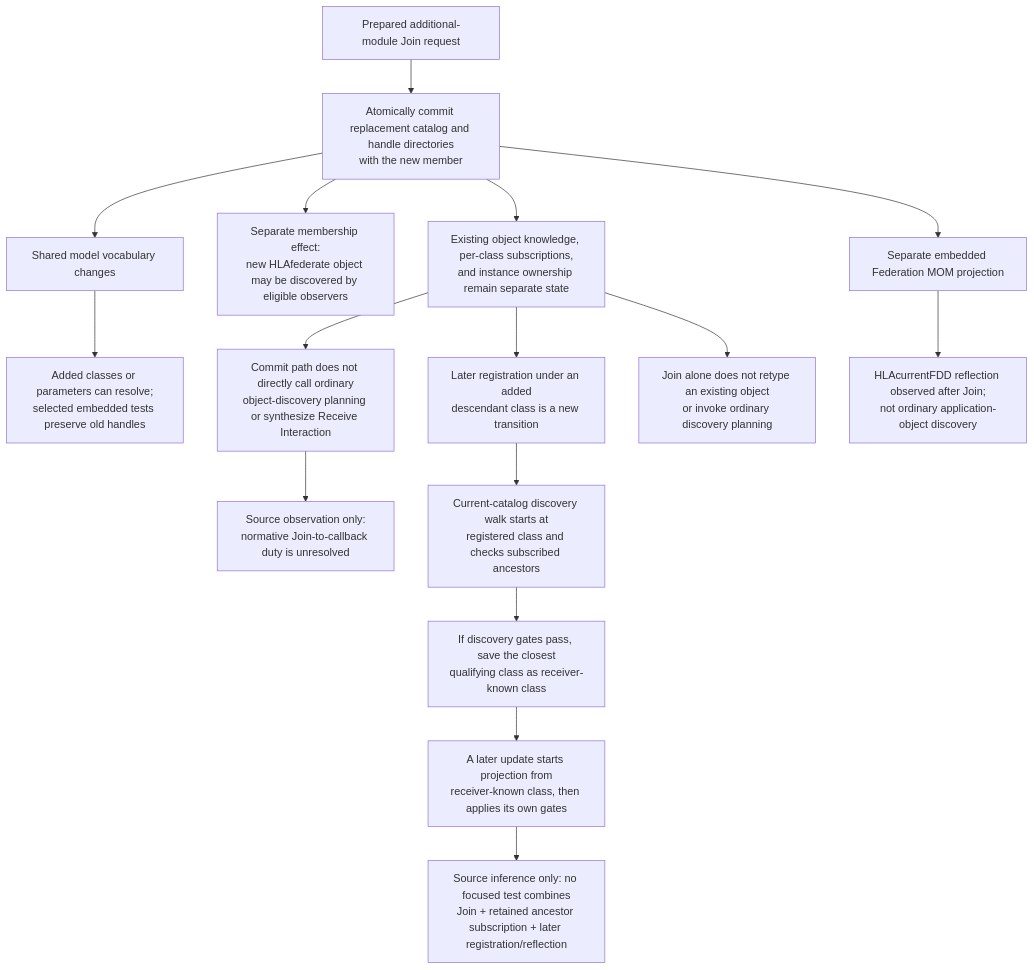
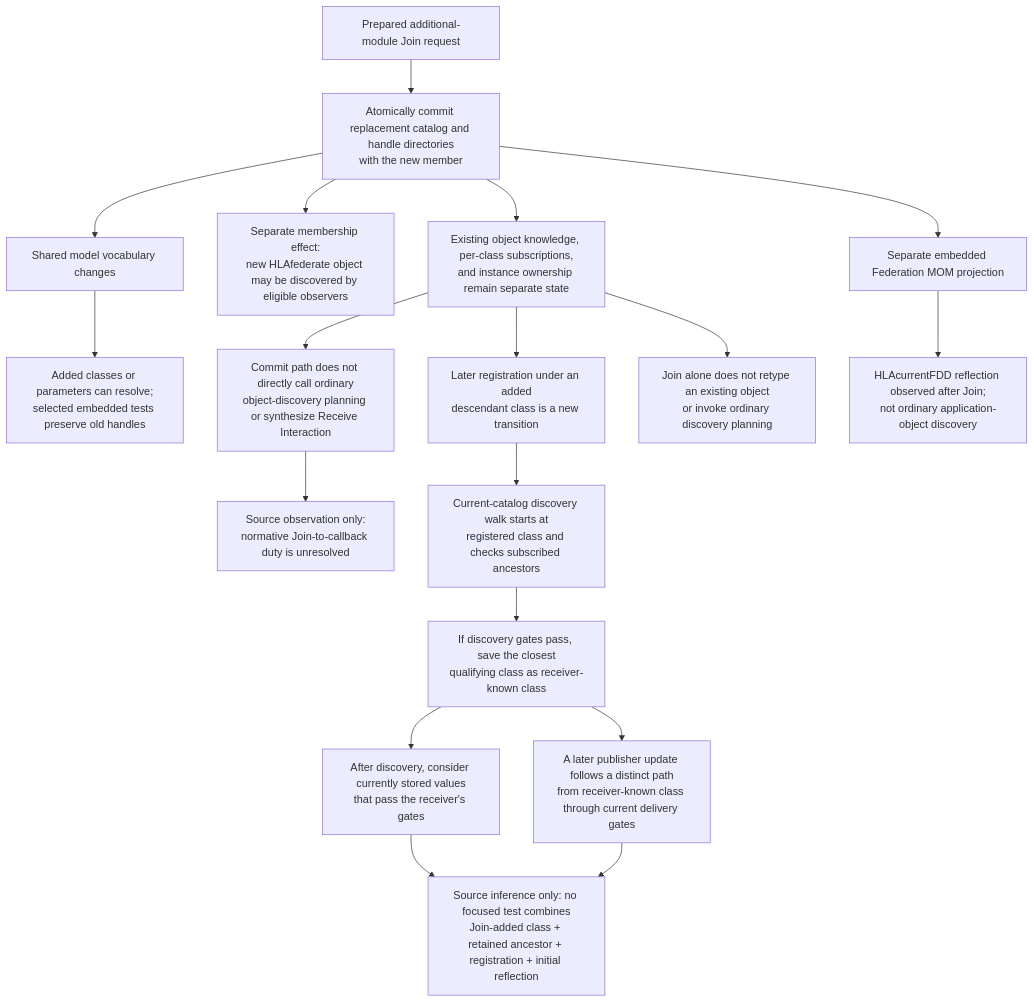
The sixth of 12 diagrams in docs/design/HLA-2025-FOM-MODULE-ADMISSION-AND-COMPOSITION-FLOW-GUIDE.md (sheepfling/umbra), drawn with Mermaid before and after one commit. The commit also changed other lines of this file and 39 other files, not shown here.

Commit message:
Document IEEE 1516.1-2025 behavior flows

````diff
--- a/docs/design/HLA-2025-FOM-MODULE-ADMISSION-AND-COMPOSITION-FLOW-GUIDE.md
+++ b/docs/design/HLA-2025-FOM-MODULE-ADMISSION-AND-COMPOSITION-FLOW-GUIDE.md
@@ -555,20 +658,22 @@
 ```mermaid
 flowchart TB
   accTitle: Additional-module Join changes model vocabulary, not automatically live application-object state
-  accDescr: The selected 2025 sources show atomic model-and-membership replacement, retained object knowledge and class-keyed declarations, later registration and discovery through the updated catalog, distinct membership-driven HLAfederate discovery and Federation MOM reflection paths, and an unresolved post-Join application-object test and normative callback question.
+  accDescr: The selected 2025 sources show atomic model-and-membership replacement, retained object knowledge and class-keyed declarations, later registration and discovery through the updated catalog, separate embedded and configured-process initial-value paths, distinct membership-driven HLAfederate discovery and Federation MOM reflection paths, and an unresolved combined post-Join test and normative callback question.
   Join["Prepared additional-module Join request"] --> Commit["Atomically commit replacement catalog and handle directories<br/>with the new member"]
   Commit --> Catalog["Shared model vocabulary changes"]
   Catalog --> Lookup["Added classes or parameters can resolve;<br/>selected embedded tests preserve old handles"]
   Commit --> MemberMOM["Separate membership effect:<br/>new HLAfederate object may be discovered by eligible observers"]
   Commit --> Runtime["Existing object knowledge, per-class subscriptions,<br/>and instance ownership remain separate state"]
   Runtime --> NoCallback["Commit path does not directly call ordinary<br/>object-discovery planning or synthesize Receive Interaction"]
   NoCallback --> Normative["Source observation only:<br/>normative Join-to-callback duty is unresolved"]
   Commit --> Mom["Separate embedded Federation MOM projection"]
   Mom --> Reflection["HLAcurrentFDD reflection observed after Join;<br/>not ordinary application-object discovery"]
   Runtime --> LaterReg["Later registration under an added<br/>descendant class is a new transition"]
   LaterReg --> Resolve["Current-catalog discovery walk starts at<br/>registered class and checks subscribed ancestors"]
   Resolve --> Known["If discovery gates pass, save the closest<br/>qualifying class as receiver-known class"]
-  Known --> LaterValue["A later update starts projection from<br/>receiver-known class, then applies its own gates"]
-  LaterValue --> Gap["Source inference only: no focused test combines<br/>Join + retained ancestor subscription + later registration/reflection"]
+  Known --> InitialValues["After discovery, consider currently stored values<br/>that pass the receiver's gates"]
+  Known --> LaterValue["A later publisher update follows a distinct path<br/>from receiver-known class through current delivery gates"]
+  InitialValues --> Gap["Source inference only: no focused test combines<br/>Join-added class + retained ancestor + registration + initial reflection"]
+  LaterValue --> Gap
   Runtime --> OldInstance["Join alone does not retype an existing object<br/>or invoke ordinary discovery planning"]
 ```
````
